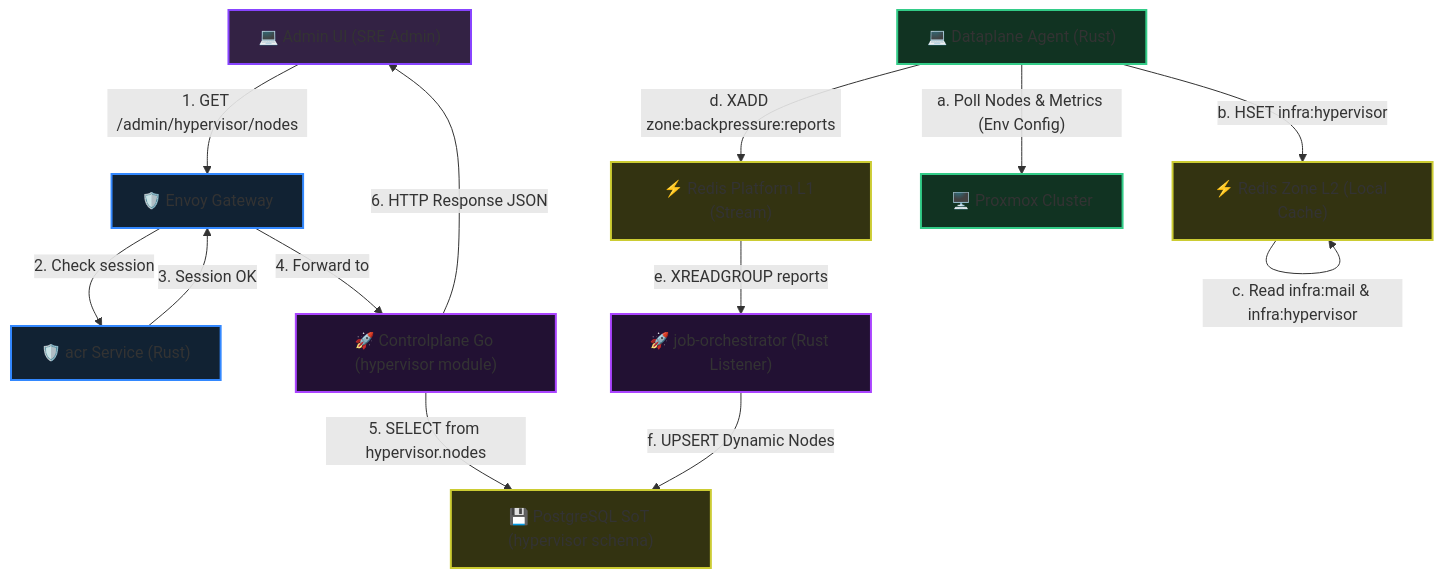
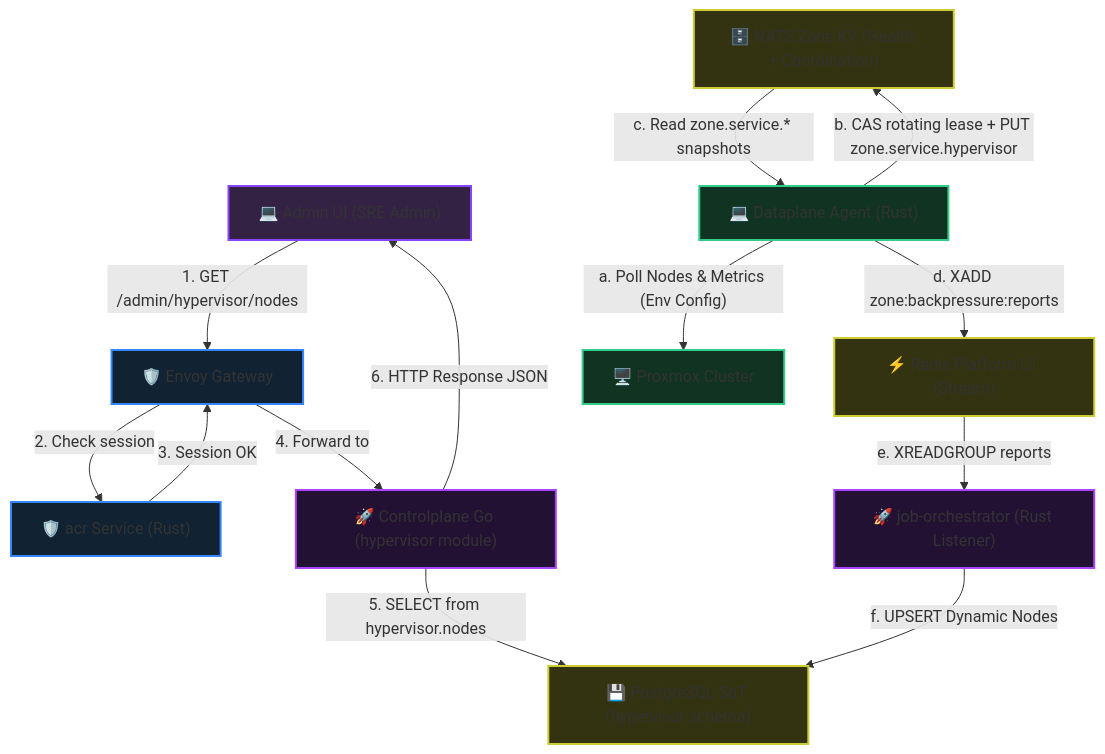
Before and after one commit to phucle996/aurora: the first of 4 diagrams in god_view/hypervisor/hypervisor_connection_lifecycle_god_view.md, drawn with Mermaid. The commit also changed other lines of this file and 77 other files, not shown here.

Commit message:
feat: implement mail runtime health monitoring with zone KV lease management and projection tombstones

````diff
--- a/god_view/hypervisor/hypervisor_connection_lifecycle_god_view.md
+++ b/god_view/hypervisor/hypervisor_connection_lifecycle_god_view.md
@@ -18,39 +18,39 @@
 ```mermaid
 graph TD
     classDef client fill:#332244,stroke:#8844ff,stroke-width:2px;
     classDef gateway fill:#112233,stroke:#3388ff,stroke-width:2px;
     classDef storage fill:#333311,stroke:#cccc33,stroke-width:2px;
     classDef backend fill:#221133,stroke:#aa44ff,stroke-width:2px;
     classDef dataplane fill:#113322,stroke:#33cc88,stroke-width:2px;
 
     SRE["💻 Admin UI (SRE Admin)"]:::client
     Envoy["🛡️ Envoy Gateway"]:::gateway
     acr["🛡️ acr Service (Rust)"]:::gateway
     CP["🚀 Controlplane Go (hypervisor module)"]:::backend
     DB["💾 PostgreSQL SoT (hypervisor schema)"]:::storage
-    RedisL2["⚡ Redis Zone L2 (Local Cache)"]:::storage
+    ZoneKV["🗄️ NATS Zone KV (Health + Coordination)"]:::storage
     RedisL1["⚡ Redis Platform L1 (Stream)"]:::storage
     JO["🚀 job-orchestrator (Rust Listener)"]:::backend
     DP["💻 Dataplane Agent (Rust)"]:::dataplane
     PVE["🖥️ Proxmox Cluster"]:::dataplane
 
     %% Luồng đọc của SRE
     SRE -- "1. GET /admin/hypervisor/nodes" --> Envoy
     Envoy -- "2. Check session" --> acr
     acr -- "3. Session OK" --> Envoy
     Envoy -- "4. Forward to" --> CP
     CP -- "5. SELECT from hypervisor.nodes" --> DB
     CP -- "6. HTTP Response JSON" --> SRE
 
     %% Luồng Auto-discovery & Heartbeat
     DP -- "a. Poll Nodes & Metrics (Env Config)" --> PVE
-    DP -- "b. HSET infra:hypervisor <node_code> <JSON>" --> RedisL2
+    DP -- "b. CAS rotating lease + PUT zone.service.hypervisor" --> ZoneKV
     
     %% Gateway Gom & Sync L1 (ZoneStatusGateway)
-    RedisL2 -- "c. Read infra:mail & infra:hypervisor" --> RedisL2
+    ZoneKV -- "c. Read zone.service.* snapshots" --> DP
     DP -- "d. XADD zone:backpressure:reports" --> RedisL1
     
     %% Platform listener consume & write DB
     RedisL1 -- "e. XREADGROUP reports" --> JO
     JO -- "f. UPSERT Dynamic Nodes" --> DB
 ```
````
